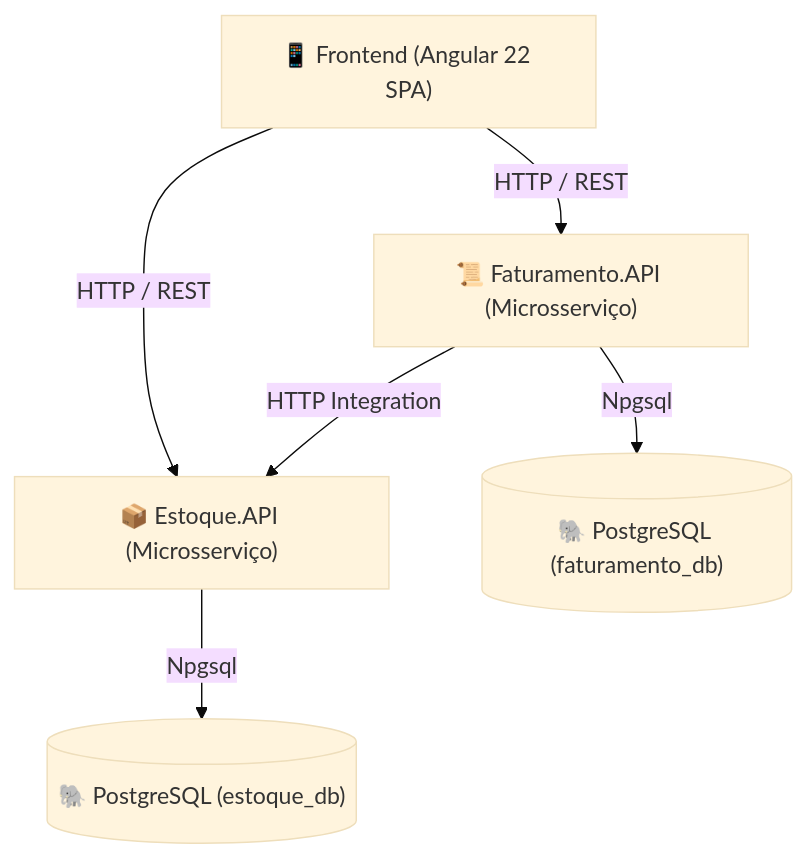
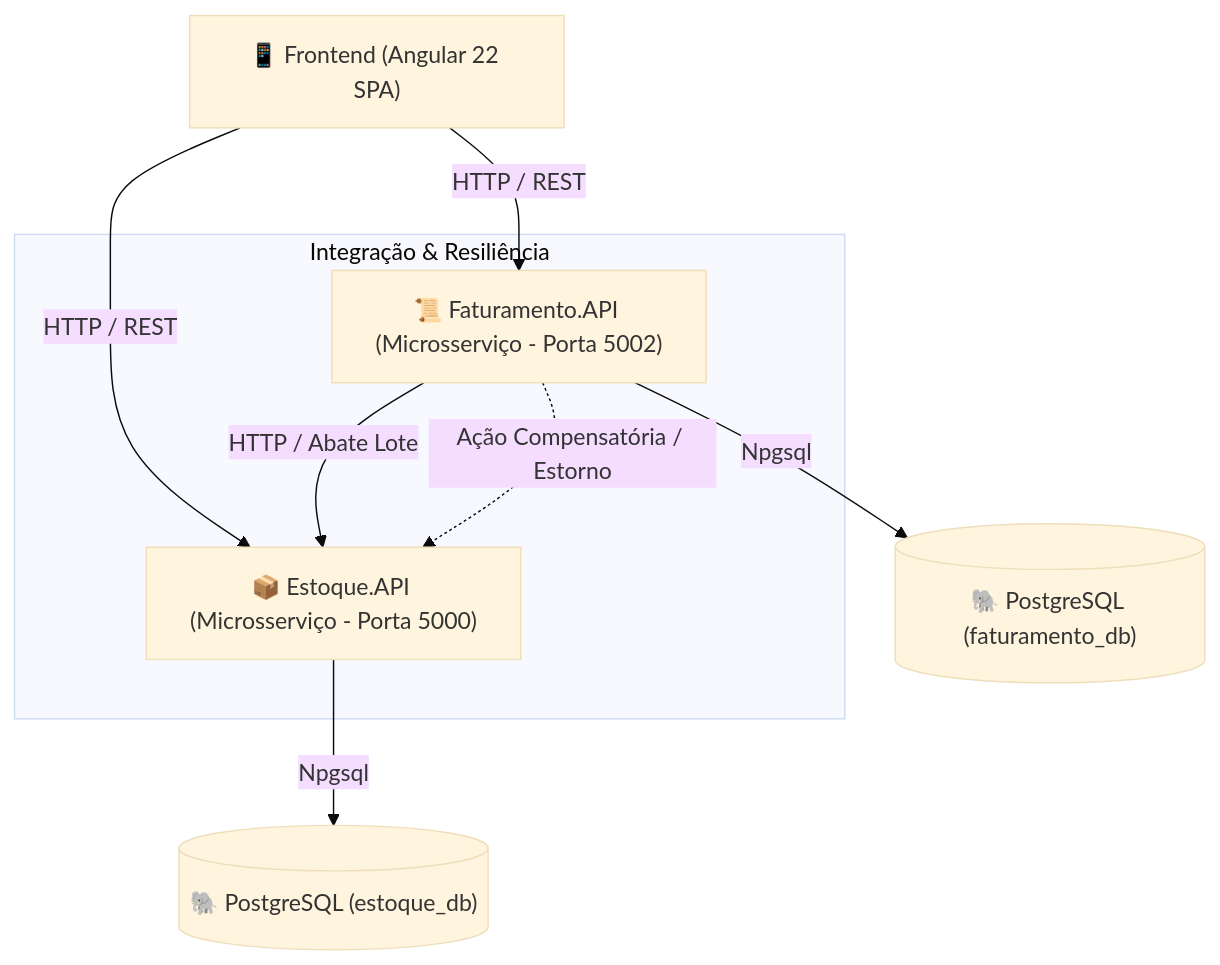
One commit to CarlosHygor/Korp_Teste_CarlosHygor changed the diagram in README.md. Above: the diagram before and after it, drawn with Mermaid (base theme). The commit also changed other lines of this file and 34 other files, not shown here.

````diff
--- a/README.md
+++ b/README.md
@@ -19,8 +19,13 @@
 ```mermaid
 graph TD
-    Client["📱 Frontend (Angular 22 SPA)"] -->|HTTP / REST| EstoqueAPI["📦 Estoque.API (Microsserviço)"]
-    Client -->|HTTP / REST| FaturamentoAPI["📜 Faturamento.API (Microsserviço)"]
-    FaturamentoAPI -->|HTTP Integration| EstoqueAPI
+    Client["📱 Frontend (Angular 22 SPA)"] -->|HTTP / REST| EstoqueAPI["📦 Estoque.API (Microsserviço - Porta 5000)"]
+    Client -->|HTTP / REST| FaturamentoAPI["📜 Faturamento.API (Microsserviço - Porta 5002)"]
+    
+    subgraph "Integração & Resiliência"
+        FaturamentoAPI -->|HTTP / Abate Lote| EstoqueAPI
+        FaturamentoAPI -.->|Ação Compensatória / Estorno| EstoqueAPI
+    end
+
     EstoqueAPI -->|Npgsql| DB_Estoque[("🐘 PostgreSQL (estoque_db)")]
     FaturamentoAPI -->|Npgsql| DB_Faturamento[("🐘 PostgreSQL (faturamento_db)")]
 ```
````
